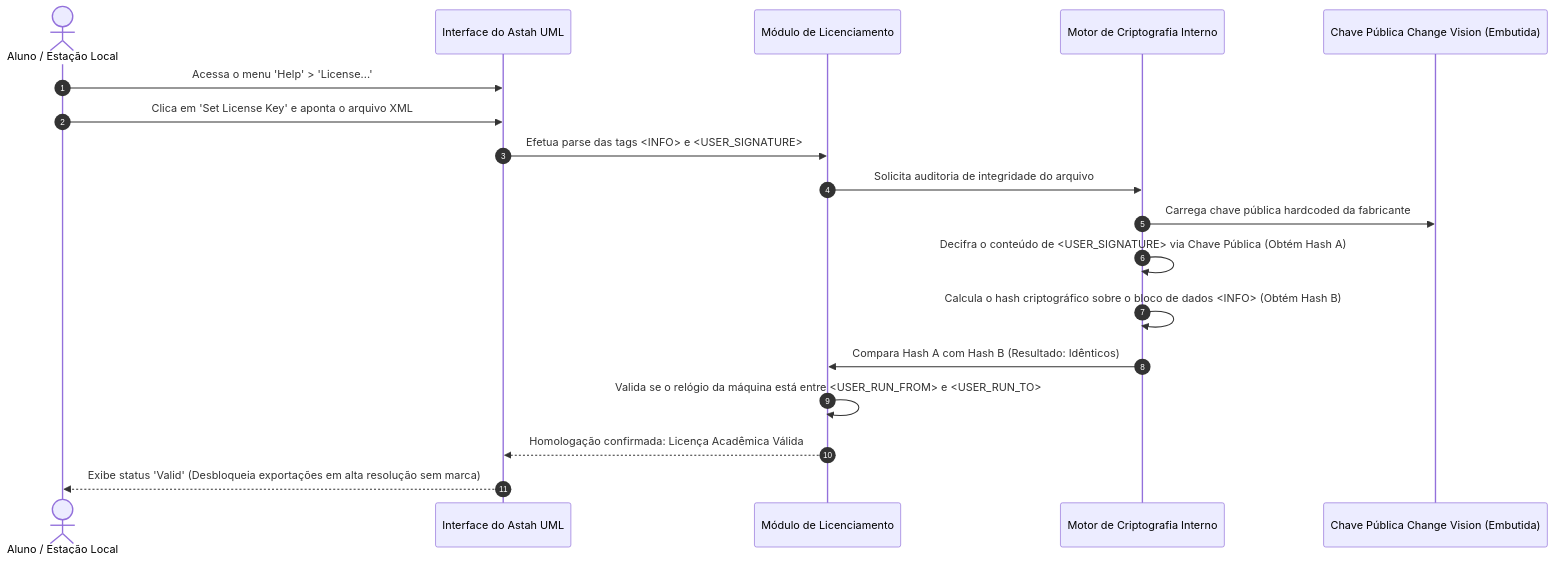
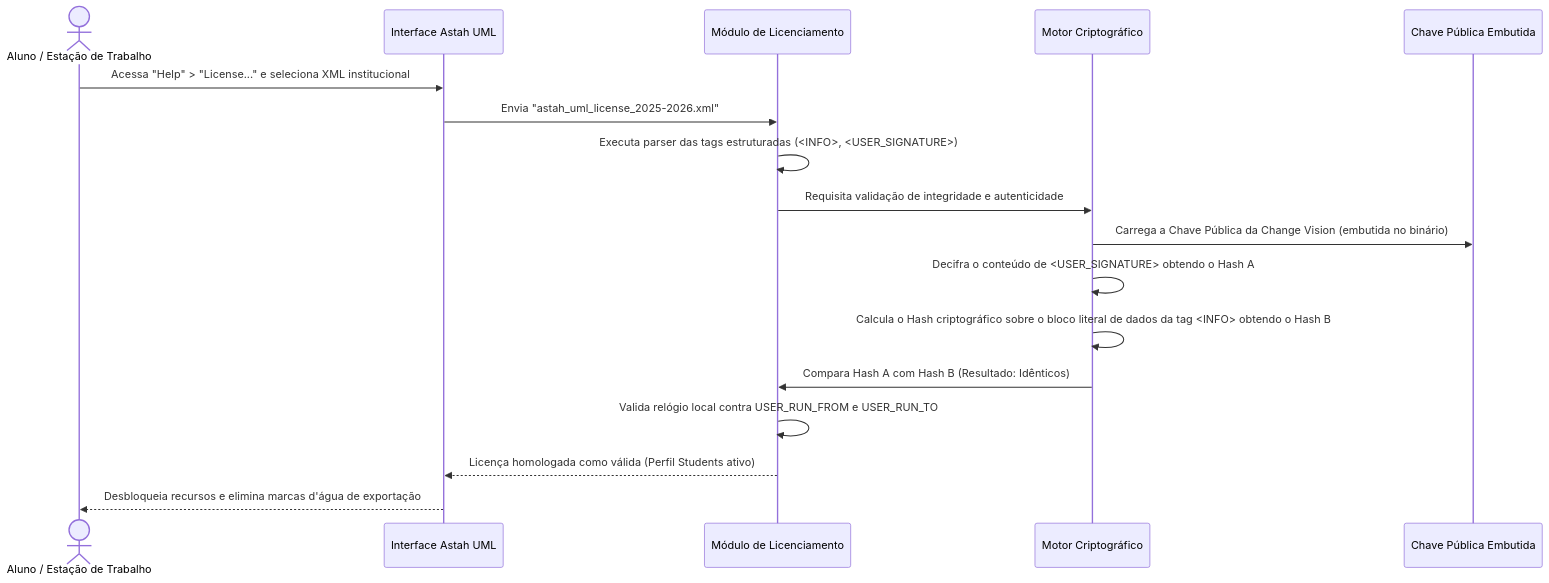
One commit to murilolol/unifef changed diagram 19 of 35 in 3º Semestre/[Prof. Marcelo Boer] Engenharia de Software I/Resumos-IA/Simulados-Comentados.md. Above: the diagram before and after it, drawn with Mermaid. The commit also changed other lines of this file and 40 other files, not shown here.

````diff
--- a/3º Semestre/[Prof. Marcelo Boer] Engenharia de Software I/Resumos-IA/Simulados-Comentados.md
+++ b/3º Semestre/[Prof. Marcelo Boer] Engenharia de Software I/Resumos-IA/Simulados-Comentados.md
@@ -664,21 +680,20 @@
 ```mermaid
 sequenceDiagram
-    autonumber
-    actor Aluno as Aluno / Estação Local
-    participant Astah as Interface do Astah UML
-    participant LicEngine as Módulo de Licenciamento
-    participant EngineCripto as Motor de Criptografia Interno
-    participant PubKey as Chave Pública Change Vision (Embutida)
+    actor Aluno as Aluno / Estação de Trabalho
+    participant GUI as Interface Astah UML
+    participant LicMgr as Módulo de Licenciamento
+    participant Engine as Motor Criptográfico
+    participant PubKey as Chave Pública Embutida
 
-    Aluno->>Astah: Acessa o menu 'Help' > 'License...'
-    Aluno->>Astah: Clica em 'Set License Key' e aponta o arquivo XML
-    Astah->>LicEngine: Efetua parse das tags <INFO> e <USER_SIGNATURE>
-    LicEngine->>EngineCripto: Solicita auditoria de integridade do arquivo
-    EngineCripto->>PubKey: Carrega chave pública hardcoded da fabricante
-    EngineCripto->>EngineCripto: Decifra o conteúdo de <USER_SIGNATURE> via Chave Pública (Obtém Hash A)
-    EngineCripto->>EngineCripto: Calcula o hash criptográfico sobre o bloco de dados <INFO> (Obtém Hash B)
-    EngineCripto->>LicEngine: Compara Hash A com Hash B (Resultado: Idênticos)
-    LicEngine->>LicEngine: Valida se o relógio da máquina está entre <USER_RUN_FROM> e <USER_RUN_TO>
-    LicEngine-->>Astah: Homologação confirmada: Licença Acadêmica Válida
-    Astah-->>Aluno: Exibe status 'Valid' (Desbloqueia exportações em alta resolução sem marca)
+    Aluno->>GUI: Acessa "Help" > "License..." e seleciona XML institucional
+    GUI->>LicMgr: Envia "astah_uml_license_2025-2026.xml"
+    LicMgr->>LicMgr: Executa parser das tags estruturadas (<INFO>, <USER_SIGNATURE>)
+    LicMgr->>Engine: Requisita validação de integridade e autenticidade
+    Engine->>PubKey: Carrega a Chave Pública da Change Vision (embutida no binário)
+    Engine->>Engine: Decifra o conteúdo de <USER_SIGNATURE> obtendo o Hash A
+    Engine->>Engine: Calcula o Hash criptográfico sobre o bloco literal de dados da tag <INFO> obtendo o Hash B
+    Engine->>LicMgr: Compara Hash A com Hash B (Resultado: Idênticos)
+    LicMgr->>LicMgr: Valida relógio local contra USER_RUN_FROM e USER_RUN_TO
+    LicMgr-->>GUI: Licença homologada como válida (Perfil Students ativo)
+    GUI-->>Aluno: Desbloqueia recursos e elimina marcas d'água de exportação
 ```
````
